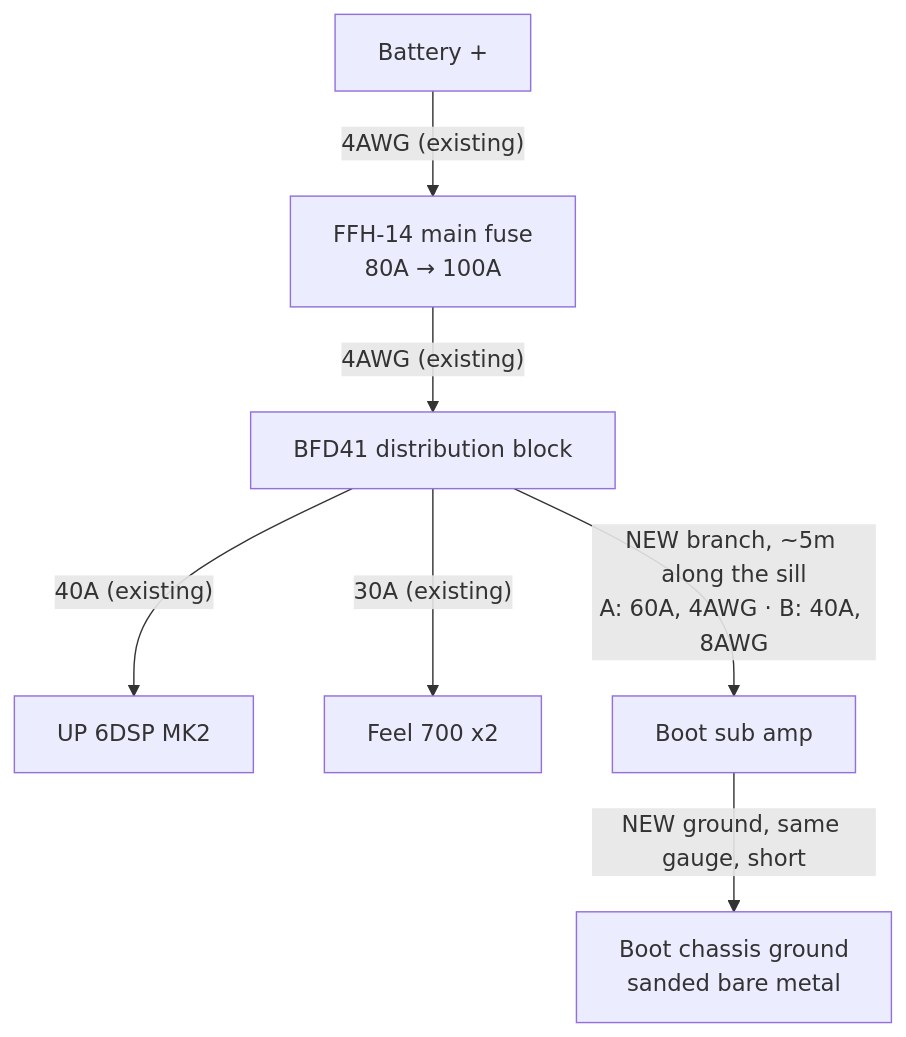
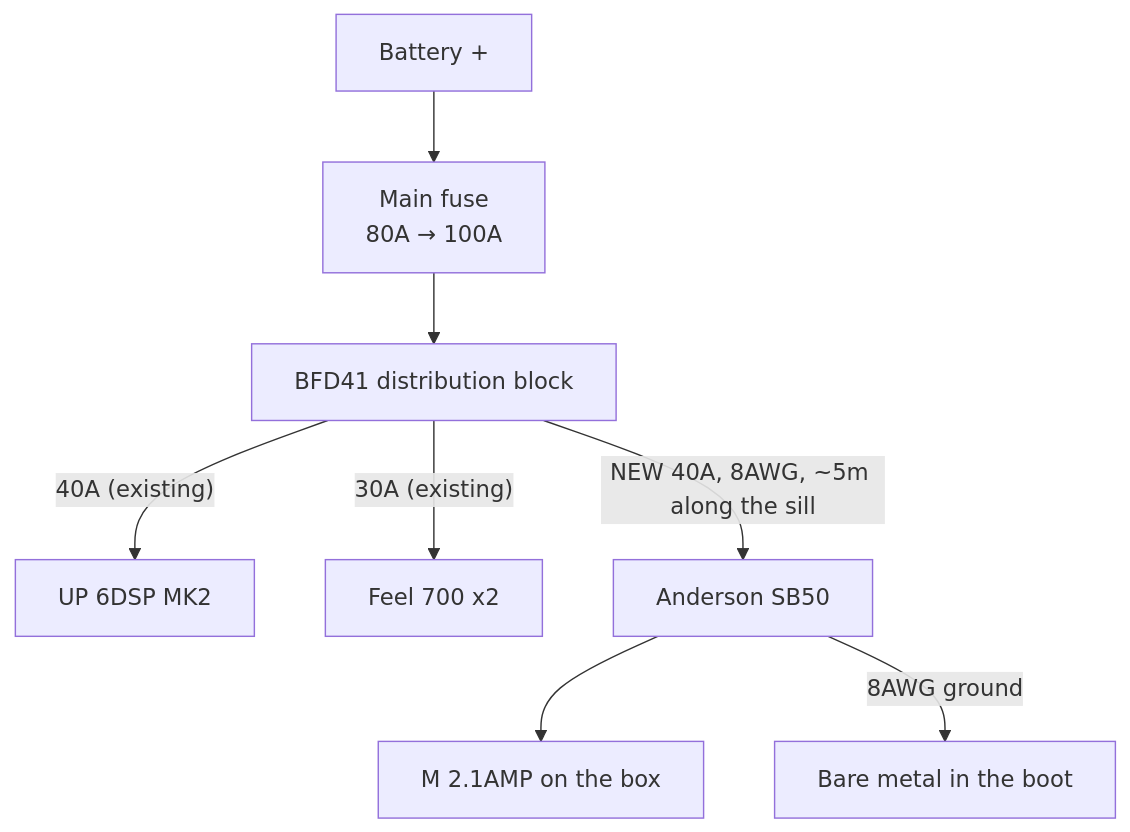
Before and after one commit to badsyntax/jimny-sound: the first of 2 diagrams in SUB-UPGRADE.md, drawn with Mermaid. The commit also changed other lines of this file and 7 other files, not shown here.

First line of the commit message:
Boot sub plan: rewrite as one clear build with the M 2.1AMP

````diff
--- a/SUB-UPGRADE.md
+++ b/SUB-UPGRADE.md
@@ -368,9 +170,10 @@
 ```mermaid
 flowchart TD
-    BAT["Battery +"] -->|"4AWG (existing)"| FFH["FFH-14 main fuse<br/>80A → 100A"]
-    FFH -->|"4AWG (existing)"| BFD["BFD41 distribution block"]
+    BAT["Battery +"] --> FFH["Main fuse<br/>80A → 100A"]
+    FFH --> BFD["BFD41 distribution block"]
     BFD -->|"40A (existing)"| AMP["UP 6DSP MK2"]
     BFD -->|"30A (existing)"| FEEL["Feel 700 x2"]
-    BFD -->|"NEW branch, ~5m along the sill<br/>A: 60A, 4AWG · B: 40A, 8AWG"| BOOT["Boot sub amp"]
-    BOOT -->|"NEW ground, same gauge, short"| GND["Boot chassis ground<br/>sanded bare metal"]
+    BFD -->|"NEW 40A, 8AWG, ~5m along the sill"| SB["Anderson SB50"]
+    SB --> M21["M 2.1AMP on the box"]
+    SB -->|"8AWG ground"| GND["Bare metal in the boot"]
 ```
````
